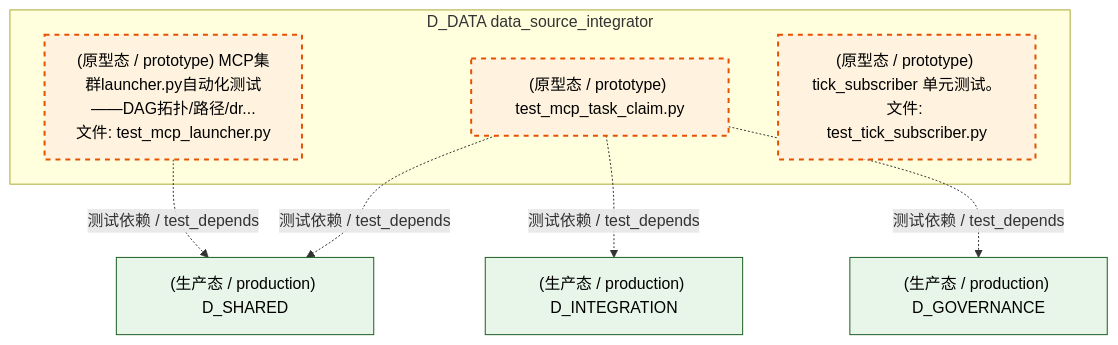
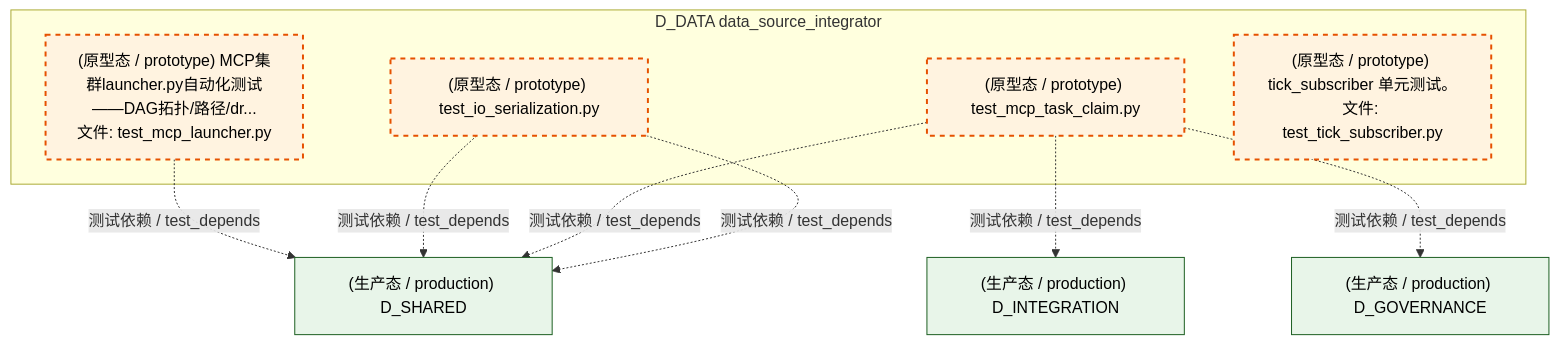
One commit to xuanFelixVan/ZephyrAlpha changed the third of 6 diagrams in docs/02_enterprise_architecture/02_domain_architecture_docs/61_d_data.md. Above: the diagram before and after it, drawn with Mermaid. The commit also changed other lines of this file and 126 other files, not shown here.

````diff
--- a/docs/02_enterprise_architecture/02_domain_architecture_docs/61_d_data.md
+++ b/docs/02_enterprise_architecture/02_domain_architecture_docs/61_d_data.md
@@ -312,21 +305,24 @@
 ```mermaid
 graph TD
     subgraph D_DATA["D_DATA data_source_integrator"]
+        tests_io_test_io_serialization_py["(原型态 / prototype) test_io_serialization.py"]
         tests_io_test_mcp_launcher_py["(原型态 / prototype) MCP集群launcher.py自动化测试——DAG拓扑/路径/dr...<br/>文件: test_mcp_launcher.py"]
         tests_io_test_mcp_task_claim_py["(原型态 / prototype) test_mcp_task_claim.py"]
         tests_zephyr_data_test_tick_subscriber_py["(原型态 / prototype) tick_subscriber 单元测试。<br/>文件: test_tick_subscriber.py"]
     end
     D_SHARED["(生产态 / production) D_SHARED"]
     tests_io_test_mcp_launcher_py -.->|测试依赖 / test_depends| D_SHARED
     D_INTEGRATION["(生产态 / production) D_INTEGRATION"]
     tests_io_test_mcp_task_claim_py -.->|测试依赖 / test_depends| D_INTEGRATION
+    tests_io_test_io_serialization_py -.->|测试依赖 / test_depends| D_SHARED
     tests_io_test_mcp_task_claim_py -.->|测试依赖 / test_depends| D_SHARED
     D_GOVERNANCE["(生产态 / production) D_GOVERNANCE"]
     tests_io_test_mcp_task_claim_py -.->|测试依赖 / test_depends| D_GOVERNANCE
+    tests_io_test_io_serialization_py -.->|测试依赖 / test_depends| D_SHARED
     classDef production fill:#e1f5fe,stroke:#01579b,stroke-width:2px,color:#000
     classDef design fill:#fff3e0,stroke:#e65100,stroke-width:2px,color:#000,stroke-dasharray: 5 5
     classDef external_prod fill:#e8f5e9,stroke:#1b5e20,stroke-width:1px,color:#000
     classDef external_design fill:#fce4ec,stroke:#880e4f,stroke-width:1px,color:#000,stroke-dasharray: 5 5
-    class tests_io_test_mcp_launcher_py,tests_io_test_mcp_task_claim_py,tests_zephyr_data_test_tick_subscriber_py design
+    class tests_io_test_io_serialization_py,tests_io_test_mcp_launcher_py,tests_io_test_mcp_task_claim_py,tests_zephyr_data_test_tick_subscriber_py design
     class D_SHARED,D_INTEGRATION,D_GOVERNANCE external_prod
 ```
````
